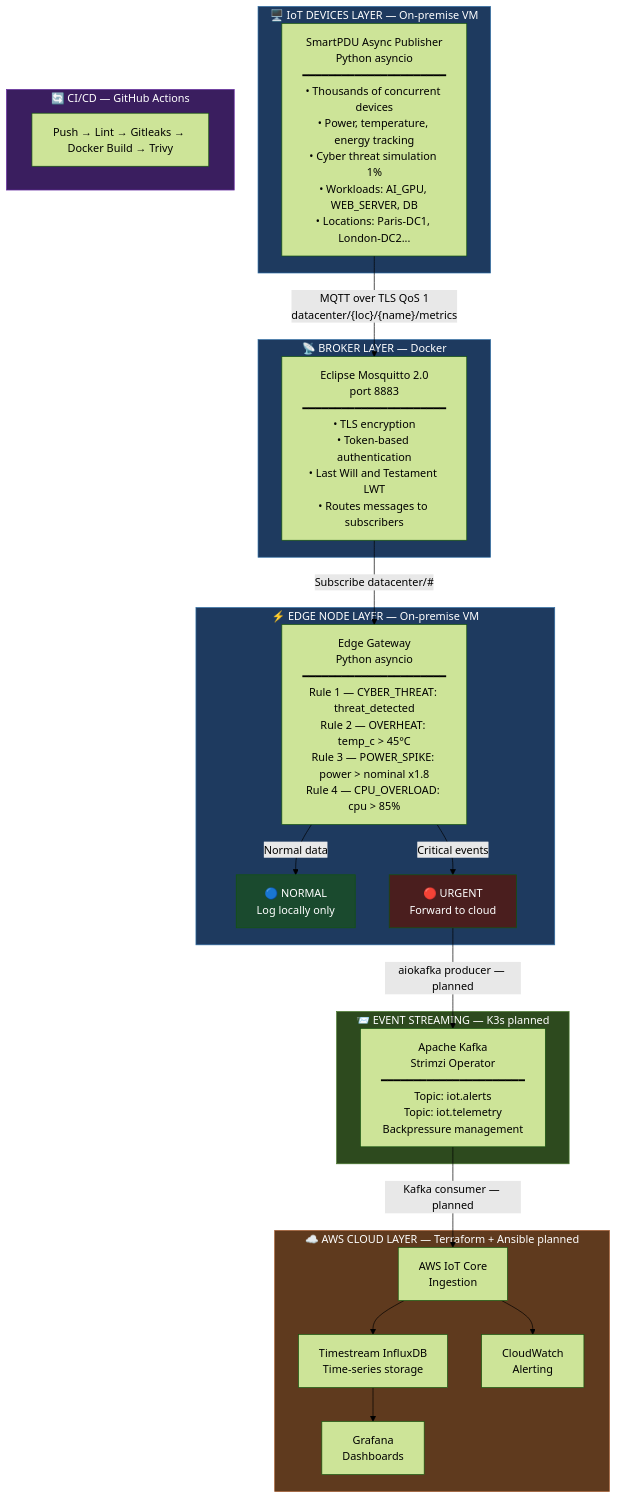
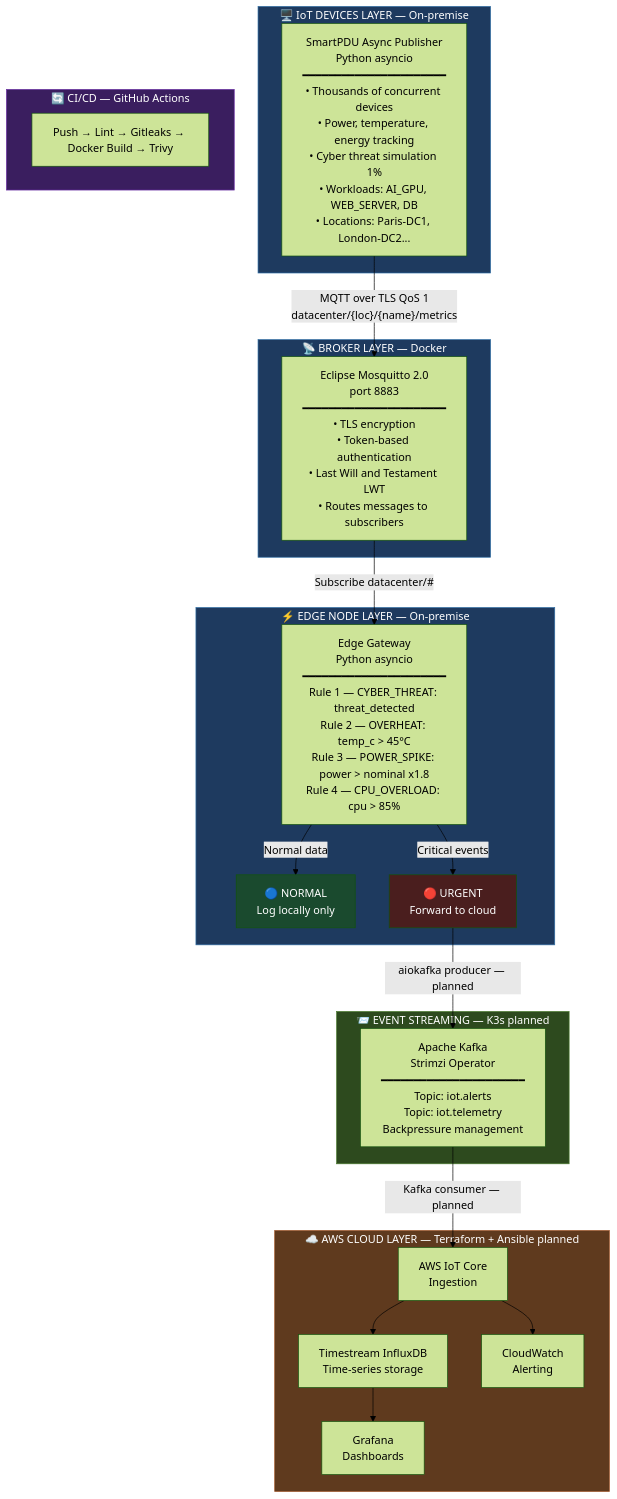
One commit to Ricdarch/EcoSecure-IoT-Infra changed the diagram in README.md. Above: the diagram before and after it, drawn with Mermaid (forest theme). The commit also changed 2 other files, not shown here.

Commit message:
add ADR-004 & update README and subscriber

````diff
--- a/README.md
+++ b/README.md
@@ -52,50 +52,50 @@
 ```mermaid
 flowchart TD
-    subgraph SIM["🖥️ IoT DEVICES LAYER — On-premise VM"]
+    subgraph SIM["🖥️ IoT DEVICES LAYER — On-premise"]
         PUB["SmartPDU Async Publisher\nPython asyncio\n━━━━━━━━━━━━━━━━━━━━━━\n• Thousands of concurrent devices\n• Power, temperature, energy tracking\n• Cyber threat simulation 1%\n• Workloads: AI_GPU, WEB_SERVER, DB\n• Locations: Paris-DC1, London-DC2..."]
     end
 
     subgraph BROKER["📡 BROKER LAYER — Docker"]
         MOS["Eclipse Mosquitto 2.0\nport 8883\n━━━━━━━━━━━━━━━━━━━━━━\n• TLS encryption\n• Token-based authentication\n• Last Will and Testament LWT\n• Routes messages to subscribers"]
     end
 
-    subgraph EDGE["⚡ EDGE NODE LAYER — On-premise VM"]
+    subgraph EDGE["⚡ EDGE NODE LAYER — On-premise"]
         GW["Edge Gateway\nPython asyncio\n━━━━━━━━━━━━━━━━━━━━━━\nRule 1 — CYBER_THREAT: threat_detected\nRule 2 — OVERHEAT: temp_c > 45°C\nRule 3 — POWER_SPIKE: power > nominal x1.8\nRule 4 — CPU_OVERLOAD: cpu > 85%"]
         LOCAL["🔵 NORMAL\nLog locally only"]
         ALERT["🔴 URGENT\nForward to cloud"]
     end
 
     subgraph KAFKA["📨 EVENT STREAMING — K3s planned"]
         KF["Apache Kafka\nStrimzi Operator\n━━━━━━━━━━━━━━━━━━━━━━\nTopic: iot.alerts\nTopic: iot.telemetry\nBackpressure management"]
     end
 
     subgraph AWS["☁️ AWS CLOUD LAYER — Terraform + Ansible planned"]
         IOT["AWS IoT Core\nIngestion"]
         TS["Timestream InfluxDB\nTime-series storage"]
         CW["CloudWatch\nAlerting"]
         GF["Grafana\nDashboards"]
     end
 
     subgraph CI["🔄 CI/CD — GitHub Actions"]
         PIPE["Push → Lint → Gitleaks → Docker Build → Trivy"]
     end
 
     PUB -->|"MQTT over TLS QoS 1\ndatacenter/{loc}/{name}/metrics"| MOS
     MOS -->|"Subscribe datacenter/#"| GW
     GW -->|Normal data| LOCAL
     GW -->|Critical events| ALERT
     ALERT -->|"aiokafka producer — planned"| KF
     KF -->|"Kafka consumer — planned"| IOT
     IOT --> TS
     IOT --> CW
     TS --> GF
 
     style SIM fill:#1e3a5f,color:#fff,stroke:#2e6da4
     style BROKER fill:#1e3a5f,color:#fff,stroke:#2e6da4
     style EDGE fill:#1e3a5f,color:#fff,stroke:#2e6da4
     style KAFKA fill:#2d4a1e,color:#fff,stroke:#4a7a2e
     style AWS fill:#5f3a1e,color:#fff,stroke:#a45a2e
     style CI fill:#3a1e5f,color:#fff,stroke:#6a2ea4
     style LOCAL fill:#1a4a2e,color:#fff
     style ALERT fill:#4a1e1e,color:#fff
 ```
````
